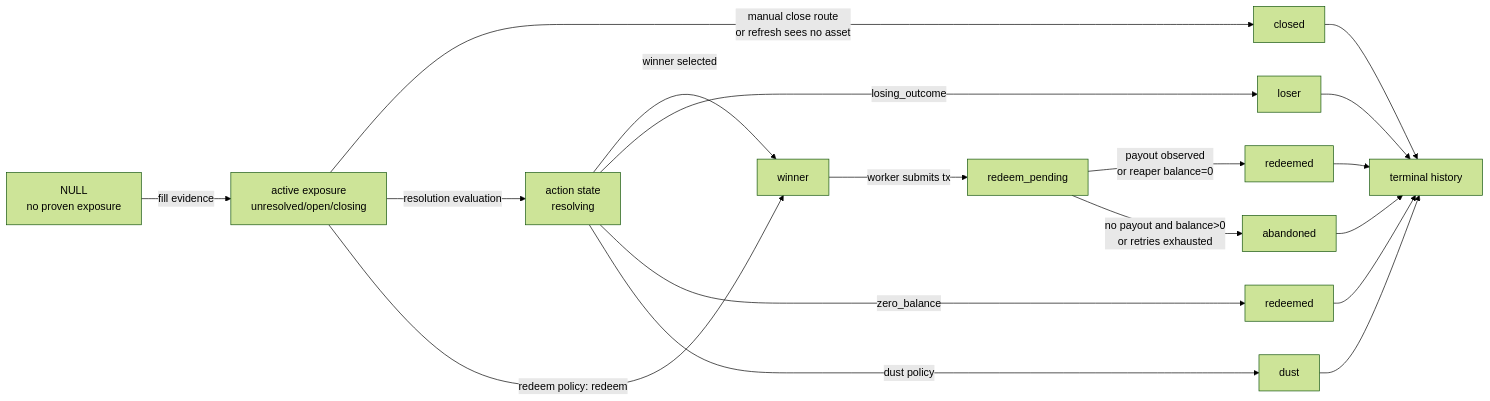
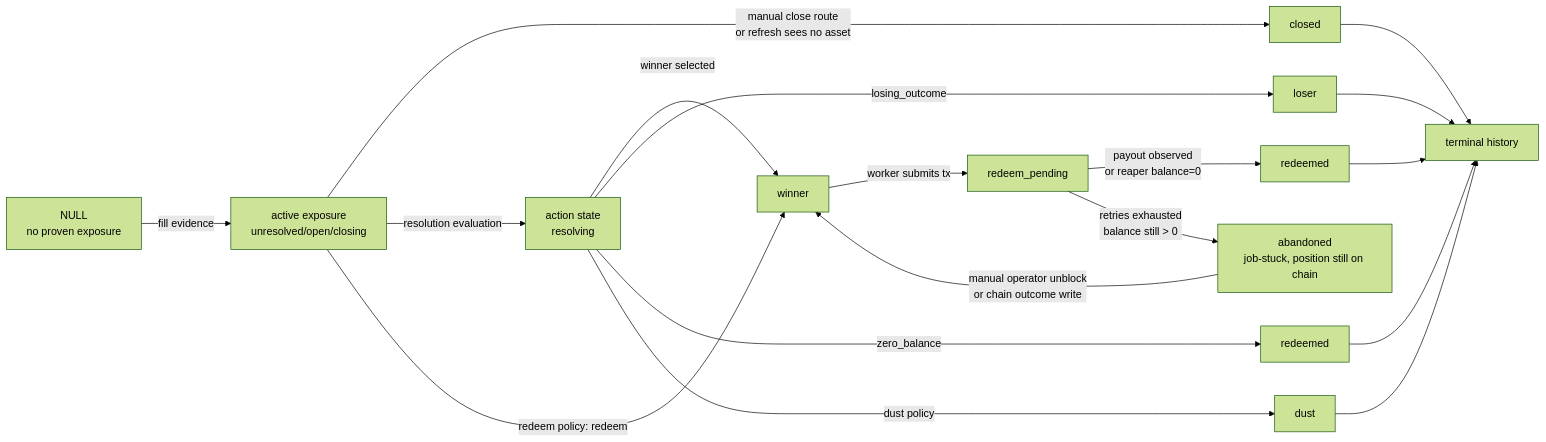
One commit to Cogni-DAO/cogni changed the third of 6 diagrams in docs/spec/poly-order-position-lifecycle.md. Above: the diagram before and after it, drawn with Mermaid (forest theme). The commit also changed other lines of this file and 8 other files, not shown here.

Commit message:
fix(poly): position state derives from chain, not job pipeline (bug.5040 follow-up) (#1310)

````diff
--- a/docs/spec/poly-order-position-lifecycle.md
+++ b/docs/spec/poly-order-position-lifecycle.md
@@ -126,20 +132,20 @@
 ```mermaid
 flowchart LR
   N[NULL<br/>no proven exposure] -->|fill evidence| A[active exposure<br/>unresolved/open/closing]
   A -->|manual close route<br/>or refresh sees no asset| C[closed]
   A -->|resolution evaluation| Q[action state<br/>resolving]
   A -->|redeem policy: redeem| W[winner]
   Q -->|winner selected| W
   Q -->|losing_outcome| L[loser]
   Q -->|zero_balance| R0[redeemed]
   Q -->|dust policy| D[dust]
   W -->|worker submits tx| RP[redeem_pending]
   RP -->|payout observed<br/>or reaper balance=0| R[redeemed]
-  RP -->|no payout and balance>0<br/>or retries exhausted| AB[abandoned]
+  RP -->|retries exhausted<br/>balance still > 0| AB[abandoned<br/>job-stuck, position still on chain]
+  AB -->|manual operator unblock<br/>or chain outcome write| W
   C --> T[terminal history]
   R --> T
   L --> T
   R0 --> T
   D --> T
-  AB --> T
 ```
````
